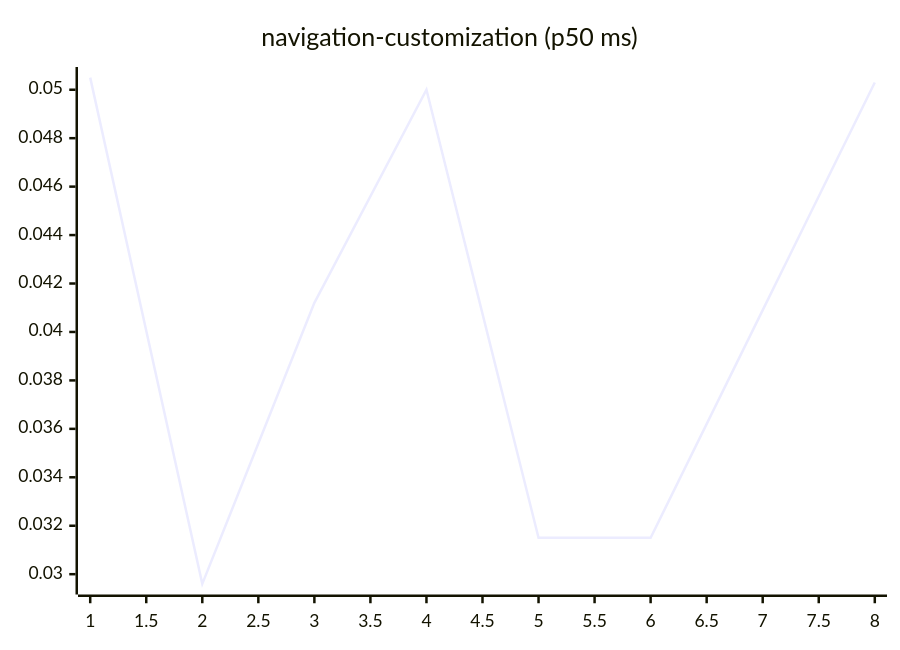
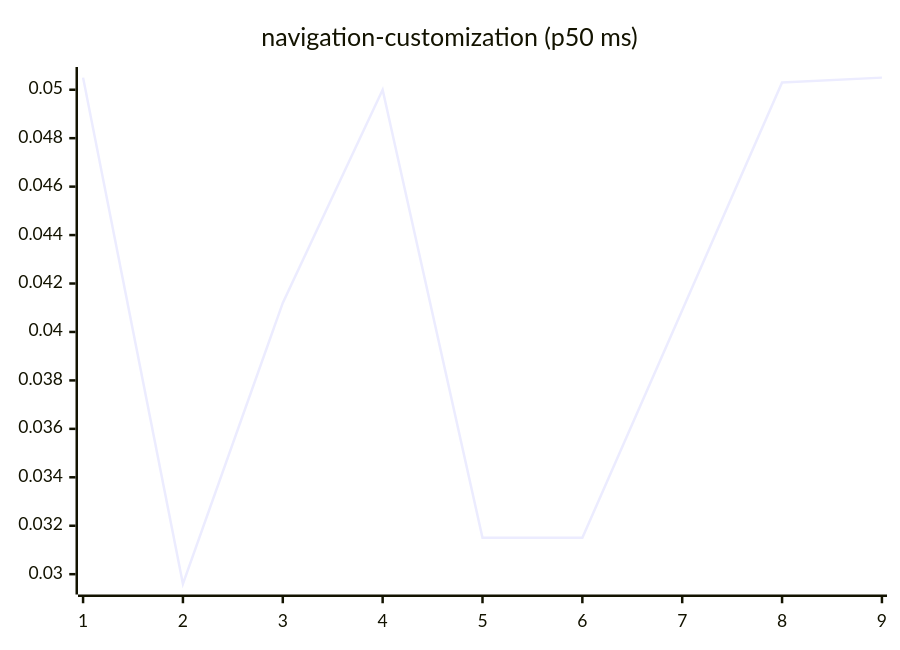
Diagram 15 of 27 in README.md (josha/Facet), drawn with Mermaid before and after one commit. The commit also changed other lines of this file and 2 other files, not shown here.

````diff
--- a/README.md
+++ b/README.md
@@ -161,6 +161,6 @@
 ```mermaid
 xychart-beta
     title "navigation-customization (p50 ms)"
-    x-axis 1 --> 8
-    line [0.0505, 0.0296, 0.0412, 0.0500, 0.0315, 0.0315, 0.0409, 0.0503]
+    x-axis 1 --> 9
+    line [0.0505, 0.0296, 0.0412, 0.0500, 0.0315, 0.0315, 0.0409, 0.0503, 0.0505]
 ```
````
